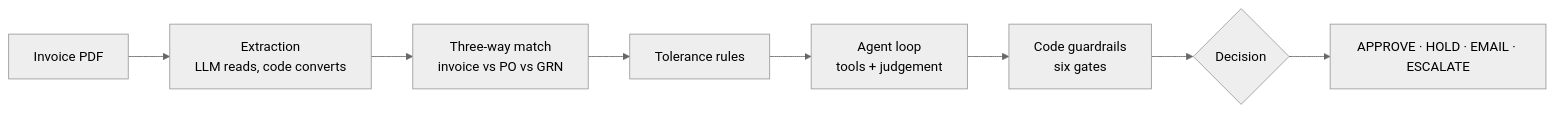
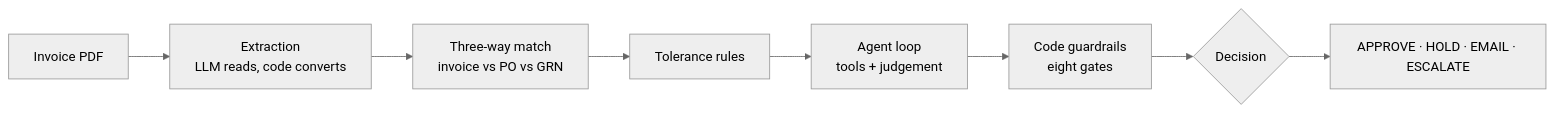
One commit to normanqvq/ap-agent changed the diagram in README.md. Above: the diagram before and after it, drawn with Mermaid (neutral theme). The commit also changed other lines of this file and 6 other files, not shown here.

````diff
--- a/README.md
+++ b/README.md
@@ -89,10 +96,10 @@
 ```mermaid
 flowchart LR
     A[Invoice PDF] --> B[Extraction<br/>LLM reads, code converts]
     B --> C[Three-way match<br/>invoice vs PO vs GRN]
     C --> D[Tolerance rules]
     D --> E[Agent loop<br/>tools + judgement]
-    E --> F[Code guardrails<br/>six gates]
+    E --> F[Code guardrails<br/>eight gates]
     F --> G{Decision}
     G --> H[APPROVE · HOLD · EMAIL · ESCALATE]
 ```
````
